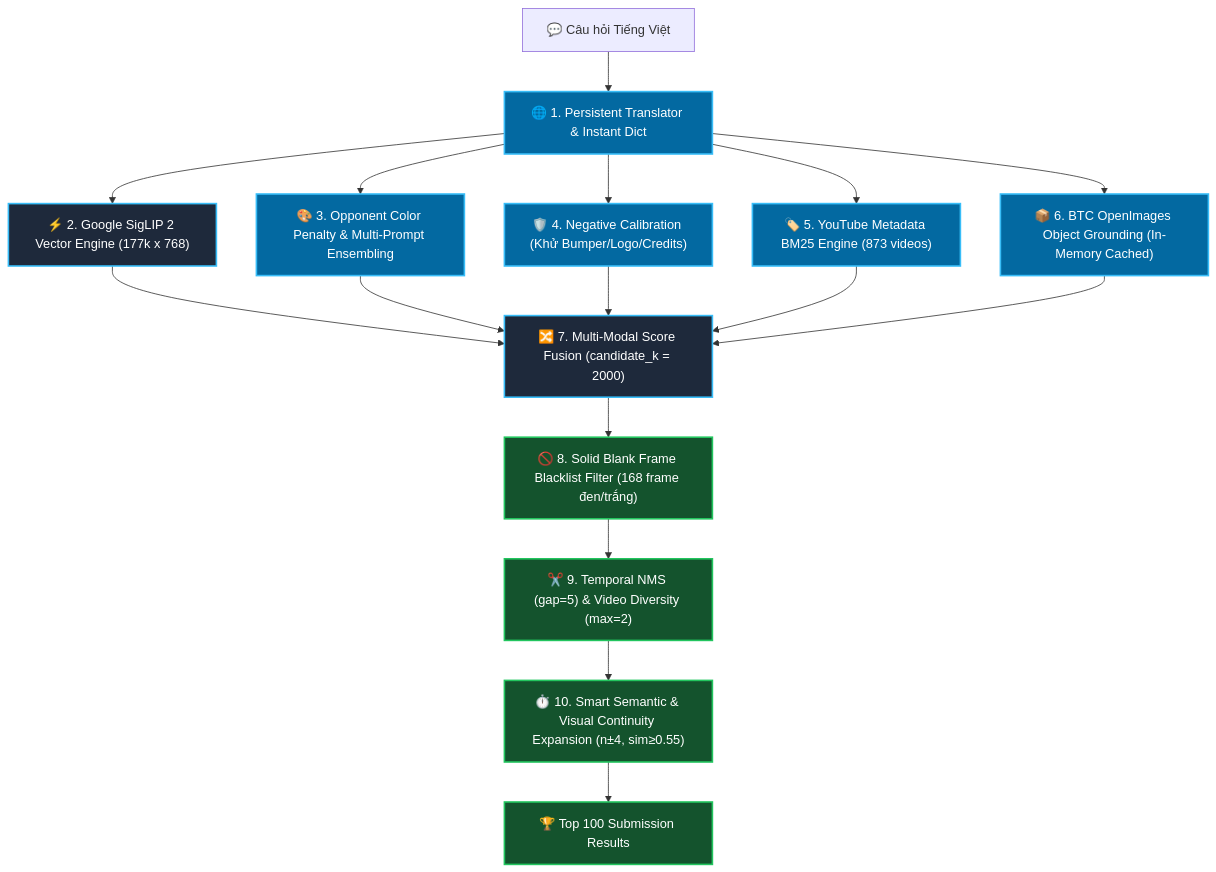
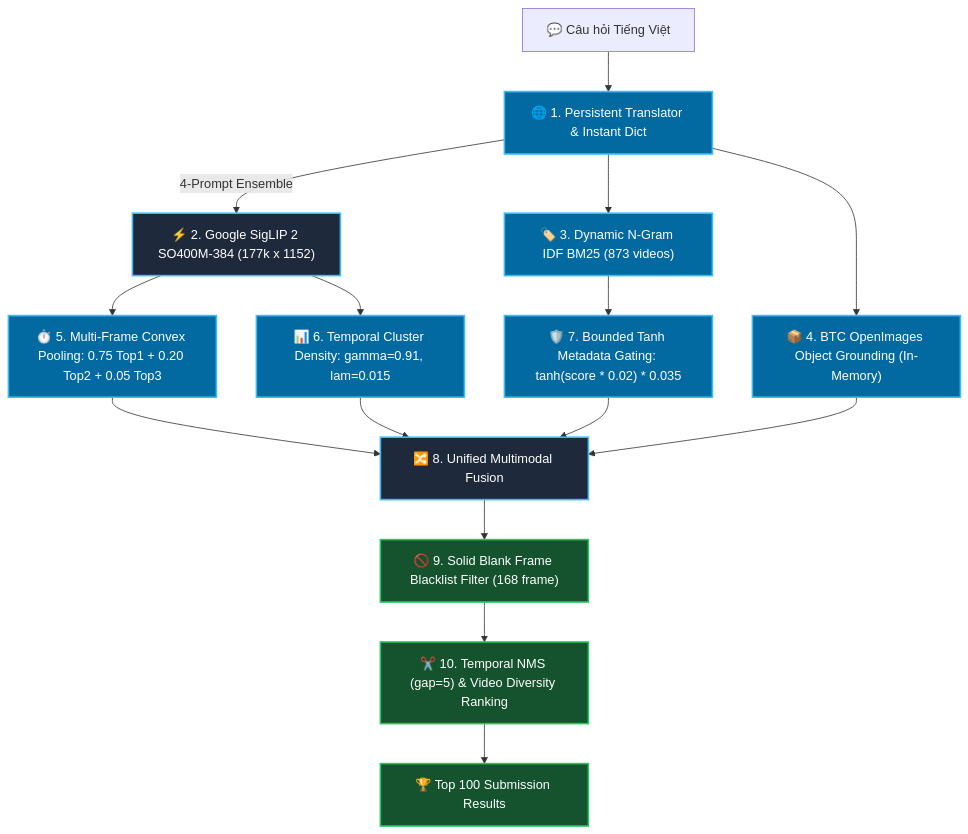
Before and after one commit to bminhnemhoi/ai-challenge-2026: the diagram in src/task1_kis/README.md, drawn with Mermaid. The commit also changed other lines of this file and 10 other files, not shown here.

Commit message:
feat(task1): upgrade Textual KIS to Google SigLIP 2 SO400M-384 with generalized Multi-Frame Convex Pooling, Bounded N-gram BM25, and clean repo

````diff
--- a/src/task1_kis/README.md
+++ b/src/task1_kis/README.md
@@ -25,29 +25,29 @@
 ```mermaid
 flowchart TD
     node_query["💬 Câu hỏi Tiếng Việt"] --> node_trans["🌐 1. Persistent Translator & Instant Dict"]
     
-    node_trans --> node_sig["⚡ 2. Google SigLIP 2 Vector Engine (177k x 768)"]
-    node_trans --> node_color["🎨 3. Opponent Color Penalty & Multi-Prompt Ensembling"]
-    node_trans --> node_neg["🛡️ 4. Negative Calibration (Khử Bumper/Logo/Credits)"]
-    node_trans --> node_bm25["🏷️ 5. YouTube Metadata BM25 Engine (873 videos)"]
-    node_trans --> node_obj["📦 6. BTC OpenImages Object Grounding (In-Memory Cached)"]
+    node_trans -->|"4-Prompt Ensemble"| node_sig["⚡ 2. Google SigLIP 2 SO400M-384 (177k x 1152)"]
+    node_trans --> node_bm25["🏷️ 3. Dynamic N-Gram IDF BM25 (873 videos)"]
+    node_trans --> node_obj["📦 4. BTC OpenImages Object Grounding (In-Memory)"]
     
-    node_sig --> node_fusion["🔀 7. Multi-Modal Score Fusion (candidate_k = 2000)"]
-    node_color --> node_fusion
-    node_neg --> node_fusion
-    node_bm25 --> node_fusion
+    node_sig --> node_convex["⏱️ 5. Multi-Frame Convex Pooling: 0.75 Top1 + 0.20 Top2 + 0.05 Top3"]
+    node_sig --> node_clus["📊 6. Temporal Cluster Density: gamma=0.91, lam=0.015"]
+    node_bm25 --> node_gate["🛡️ 7. Bounded Tanh Metadata Gating: tanh(score * 0.02) * 0.035"]
+    
+    node_convex --> node_fusion["🔀 8. Unified Multimodal Fusion"]
+    node_clus --> node_fusion
+    node_gate --> node_fusion
     node_obj --> node_fusion
     
-    node_fusion --> node_blank["🚫 8. Solid Blank Frame Blacklist Filter (168 frame đen/trắng)"]
-    node_blank --> node_nms["✂️ 9. Temporal NMS (gap=5) & Video Diversity (max=2)"]
-    node_nms --> node_exp["⏱️ 10. Smart Semantic & Visual Continuity Expansion (n±4, sim≥0.55)"]
-    node_exp --> node_out["🏆 Top 100 Submission Results"]
+    node_fusion --> node_blank["🚫 9. Solid Blank Frame Blacklist Filter (168 frame)"]
+    node_blank --> node_nms["✂️ 10. Temporal NMS (gap=5) & Video Diversity Ranking"]
+    node_nms --> node_out["🏆 Top 100 Submission Results"]
 
     classDef primary fill:#1e293b,stroke:#38bdf8,stroke-width:2px,color:#fff;
     classDef highlight fill:#0369a1,stroke:#38bdf8,stroke-width:2px,color:#fff;
     classDef success fill:#14532d,stroke:#22c55e,stroke-width:2px,color:#fff;
     
     class node_sig,node_fusion primary;
-    class node_trans,node_color,node_neg,node_bm25,node_obj highlight;
-    class node_blank,node_nms,node_exp,node_out success;
+    class node_trans,node_convex,node_clus,node_bm25,node_gate,node_obj highlight;
+    class node_blank,node_nms,node_out success;
 ```
````
